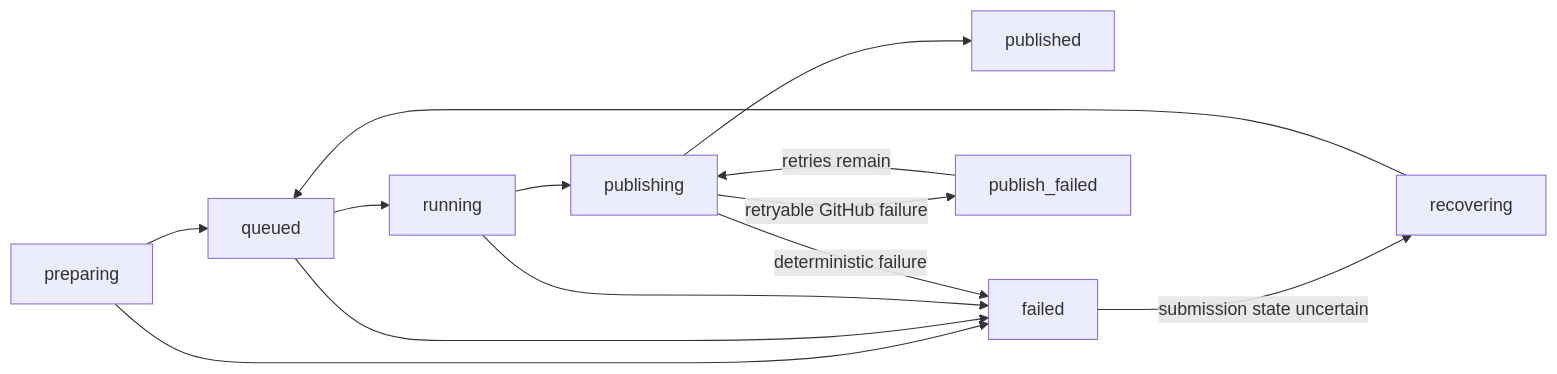
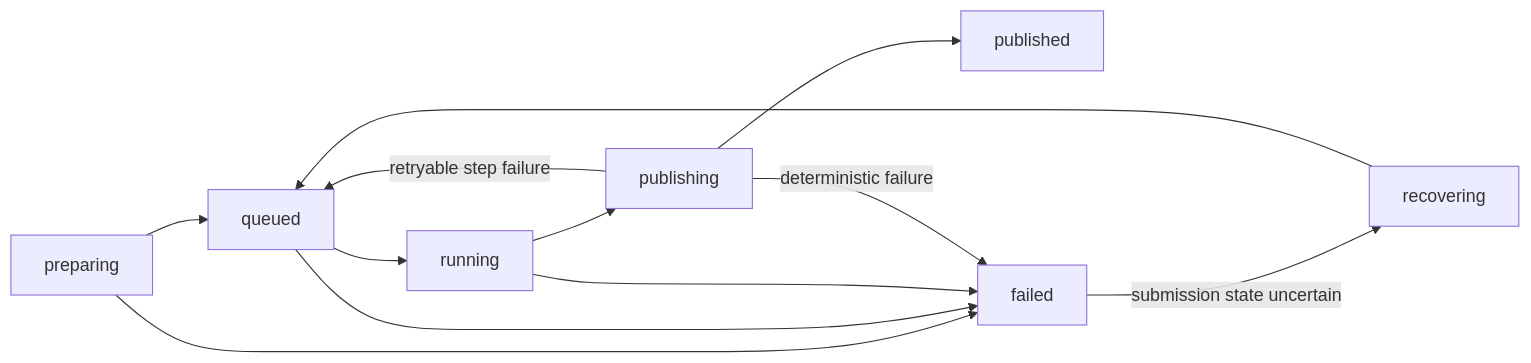
Before and after one commit to Agent-AI-Chalmers/sec-review-bot: the second of 2 diagrams in apps/github-integration/README.md, drawn with Mermaid. The commit also changed other lines of this file and 51 other files, not shown here.

````diff
--- a/apps/github-integration/README.md
+++ b/apps/github-integration/README.md
@@ -225,12 +239,11 @@
 ```mermaid
 flowchart LR
   preparing --> queued --> running --> publishing --> published
   preparing --> failed
   failed -->|submission state uncertain| recovering
   recovering --> queued
   queued --> failed
   running --> failed
   publishing -->|deterministic failure| failed
-  publishing -->|retryable GitHub failure| publish_failed
-  publish_failed -->|retries remain| publishing
+  publishing -->|retryable step failure| queued
 ```
````
